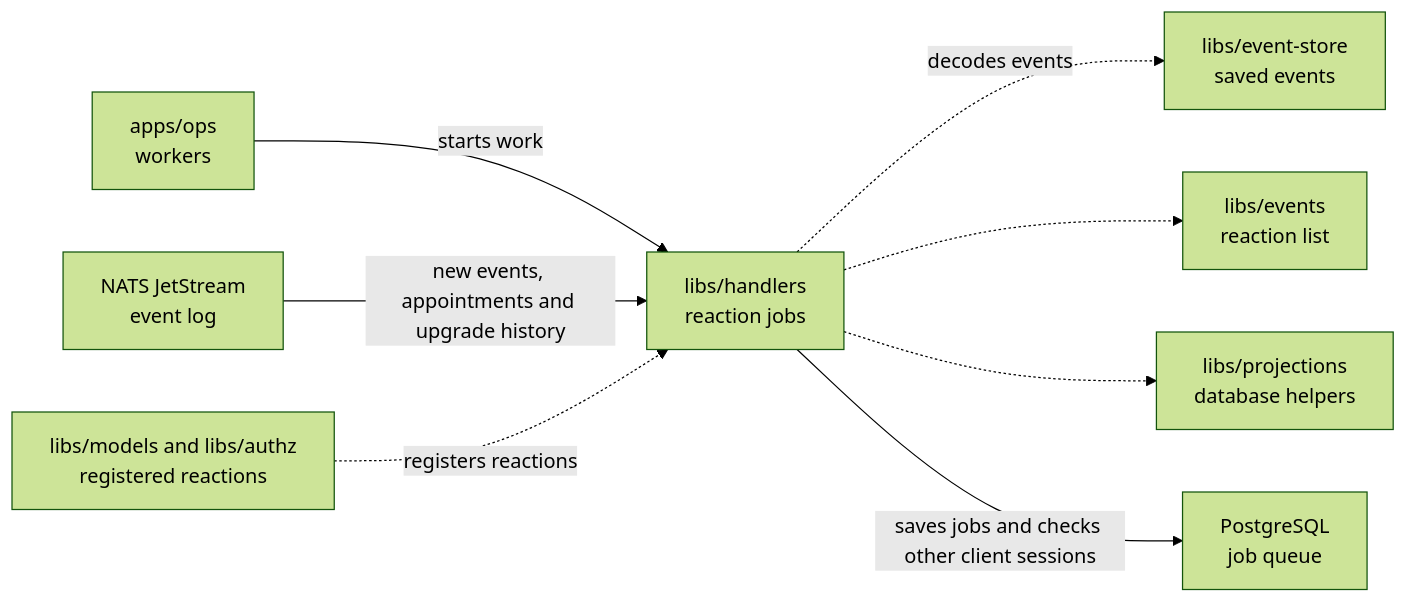
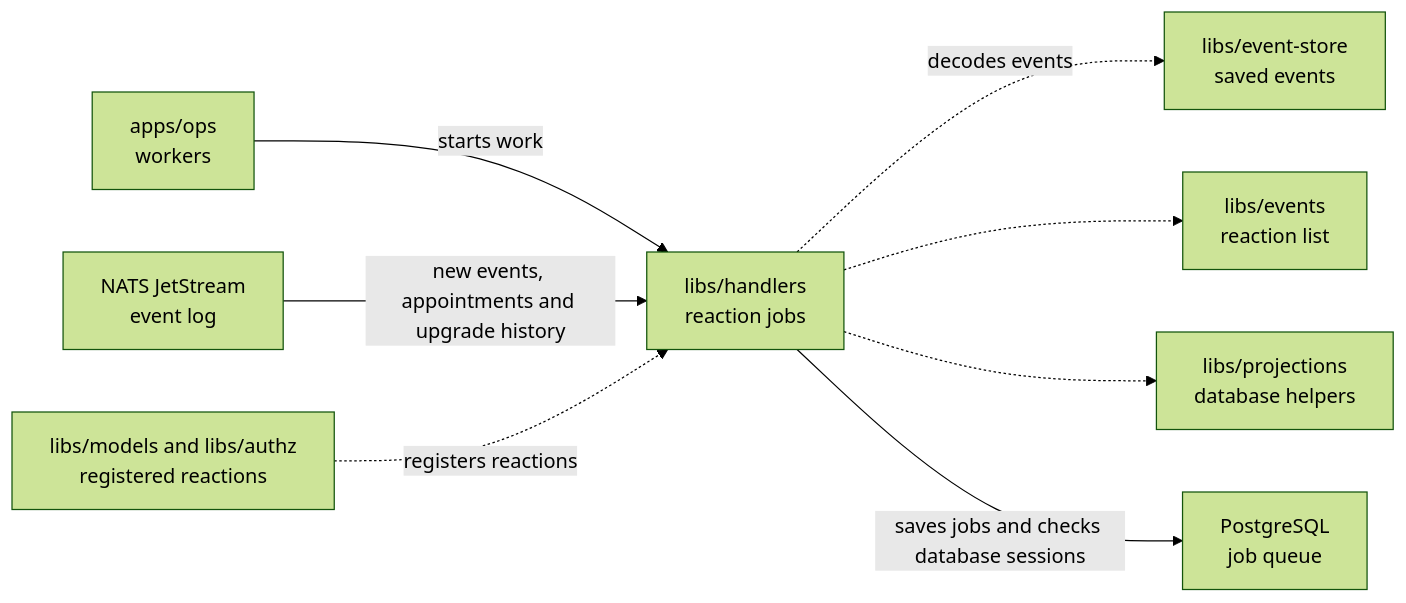
One commit to elewa-git/opencrane-new changed the diagram in libs/handlers/README.md. Above: the diagram before and after it, drawn with Mermaid (forest theme). The commit also changed other lines of this file and 4 other files, not shown here.

````diff
--- a/libs/handlers/README.md
+++ b/libs/handlers/README.md
@@ -28,10 +28,10 @@
 ```mermaid
 flowchart LR
   ops["apps/ops<br/>workers"] -->|starts work| handlers["libs/handlers<br/>reaction jobs"]
   nats["NATS JetStream<br/>event log"] -->|new events, appointments and upgrade history| handlers
   reactions["libs/models and libs/authz<br/>registered reactions"] -.->|registers reactions| handlers
   handlers -.->|decodes events| store["libs/event-store<br/>saved events"]
   handlers -.-> events["libs/events<br/>reaction list"]
   handlers -.-> projections["libs/projections<br/>database helpers"]
-  handlers -->|saves jobs and checks other client sessions| pg["PostgreSQL<br/>job queue"]
+  handlers -->|saves jobs and checks database sessions| pg["PostgreSQL<br/>job queue"]
 ```
````
